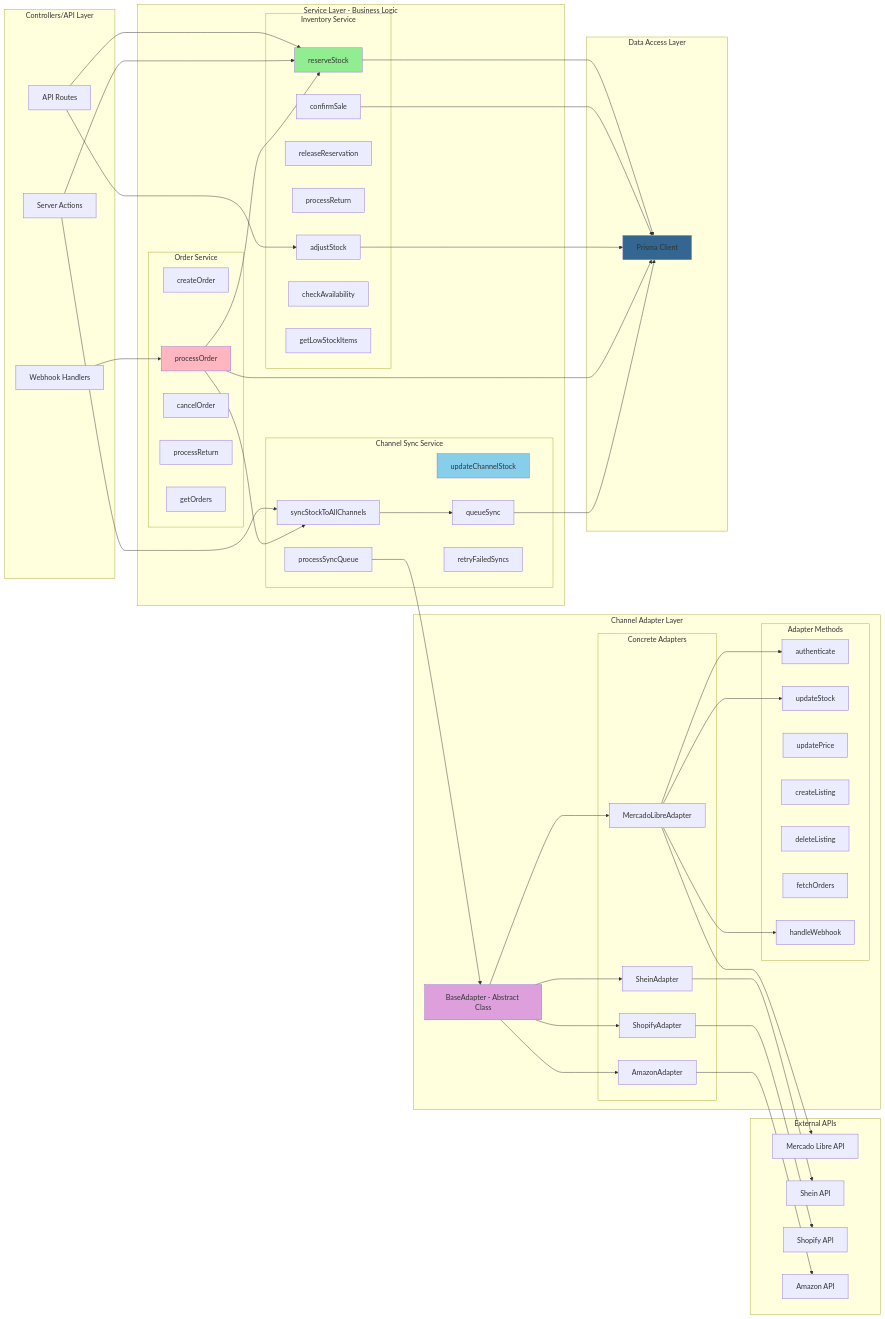
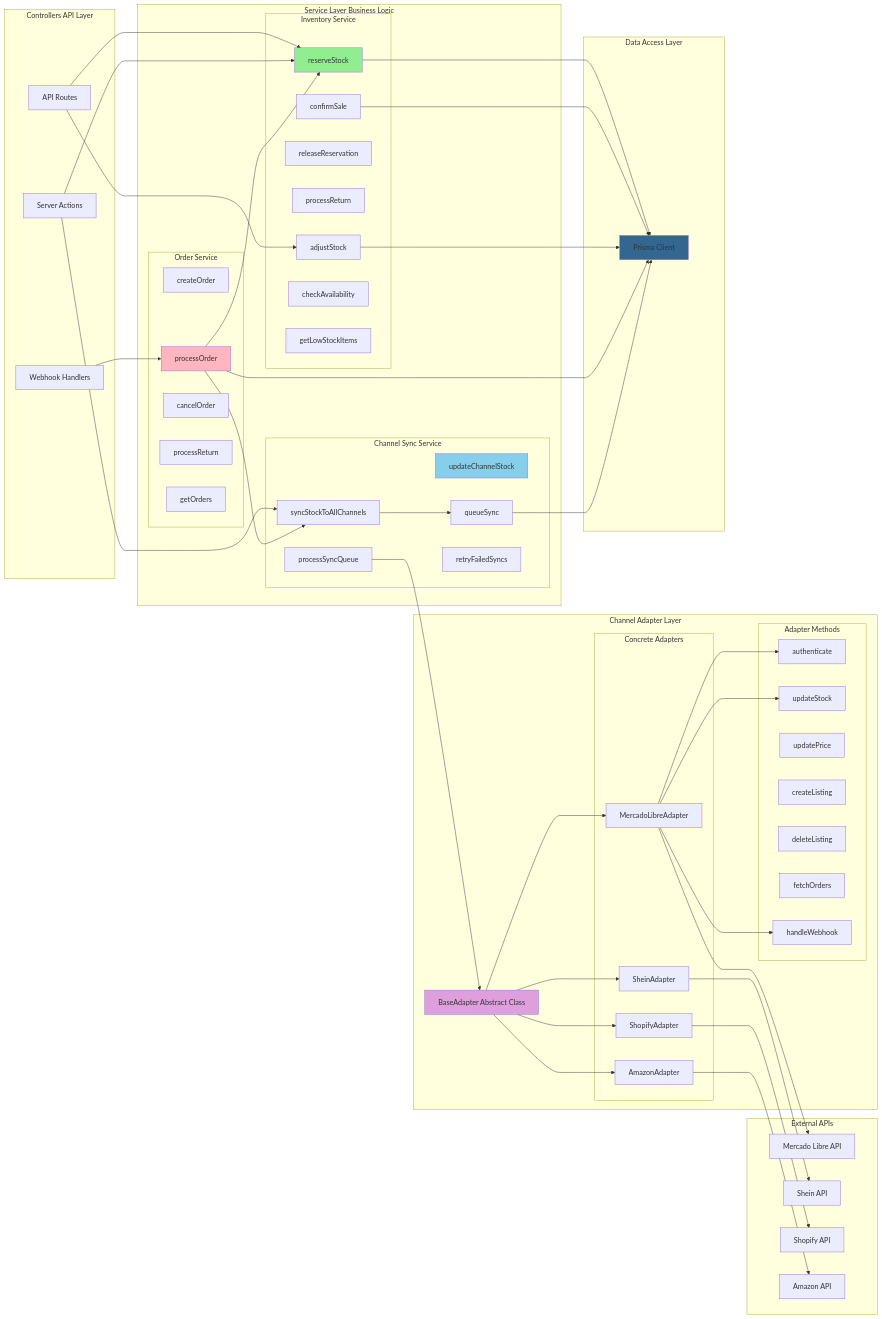
Before and after one commit to cesargasca/sales-channel-connector: the fifth of 10 diagrams in architecture-diagrams.md, drawn with Mermaid. The commit also changed other lines of this file, not shown here.

First line of the commit message:
Updates architecture diagrams for clarity

````diff
--- a/architecture-diagrams.md
+++ b/architecture-diagrams.md
@@ -453,12 +446,12 @@
 ```mermaid
 graph LR
-    subgraph "Controllers/API Layer"
+    subgraph "Controllers API Layer"
         API[API Routes]
         SA[Server Actions]
         WH[Webhook Handlers]
     end
     
-    subgraph "Service Layer - Business Logic"
+    subgraph "Service Layer Business Logic"
         subgraph "Inventory Service"
             IS_Reserve[reserveStock]
             IS_Confirm[confirmSale]
@@ -487,7 +480,7 @@
     end
     
     subgraph "Channel Adapter Layer"
-        BA[BaseAdapter - Abstract Class]
+        BA[BaseAdapter Abstract Class]
         
         subgraph "Concrete Adapters"
             MLA[MercadoLibreAdapter]
````
